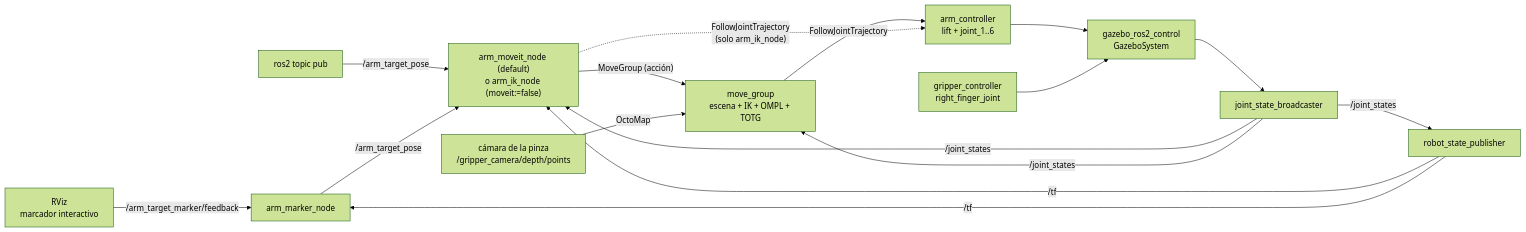
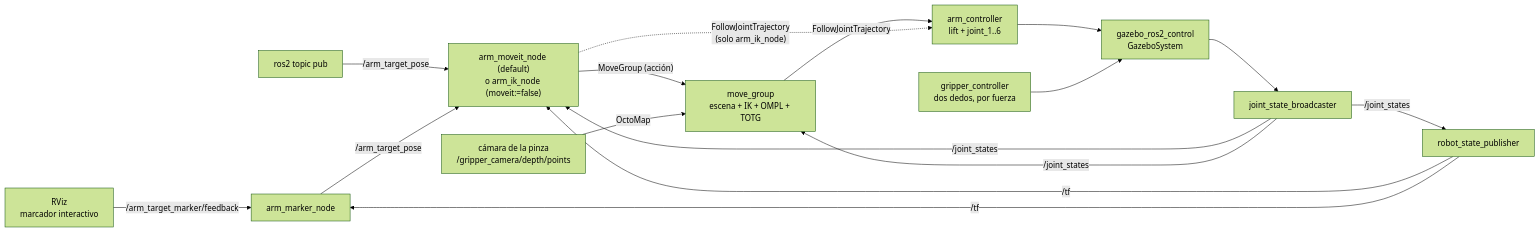
The first of 3 diagrams in docs/informe/README.md (Ivan1721/milo_ws), drawn with Mermaid (forest theme) before and after one commit. The commit also changed other lines of this file and 13 other files, not shown here.

First line of the commit message:
Pinza por fuerza en Gazebo: los dedos se frenan contra el objeto (P15, fase 1)

````diff
--- a/docs/informe/README.md
+++ b/docs/informe/README.md
@@ -831,19 +831,19 @@
 ```mermaid
 flowchart LR
   RV["RViz<br/>marcador interactivo"] -- "/arm_target_marker/feedback" --> MK["arm_marker_node"]
   CLI["ros2 topic pub"] -- "/arm_target_pose" --> IK
   MK -- "/arm_target_pose" --> IK["arm_moveit_node (default)<br/>o arm_ik_node (moveit:=false)"]
   IK -- "MoveGroup (acción)" --> MG["move_group<br/>escena + IK + OMPL + TOTG"]
   MG -- "FollowJointTrajectory" --> AC["arm_controller<br/>lift + joint_1..6"]
   IK -. "FollowJointTrajectory<br/>(solo arm_ik_node)" .-> AC
   CAM["cámara de la pinza<br/>/gripper_camera/depth/points"] -- "OctoMap" --> MG
-  GC["gripper_controller<br/>right_finger_joint"]
+  GC["gripper_controller<br/>dos dedos, por fuerza"]
   AC --> HW["gazebo_ros2_control<br/>GazeboSystem"]
   GC --> HW
   HW --> JSB["joint_state_broadcaster"]
   JSB -- "/joint_states" --> IK
   JSB -- "/joint_states" --> MG
   JSB -- "/joint_states" --> RSP["robot_state_publisher"]
   RSP -- "/tf" --> IK
   RSP -- "/tf" --> MK
 ```
````
